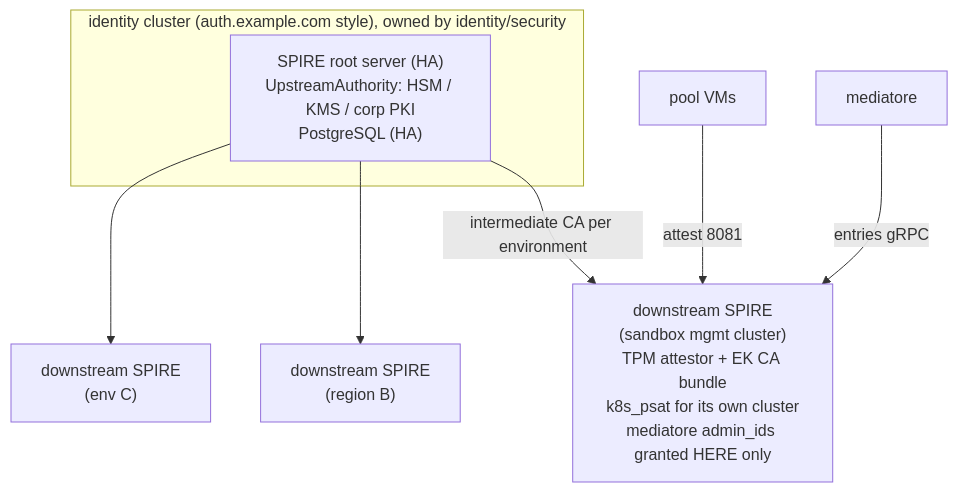
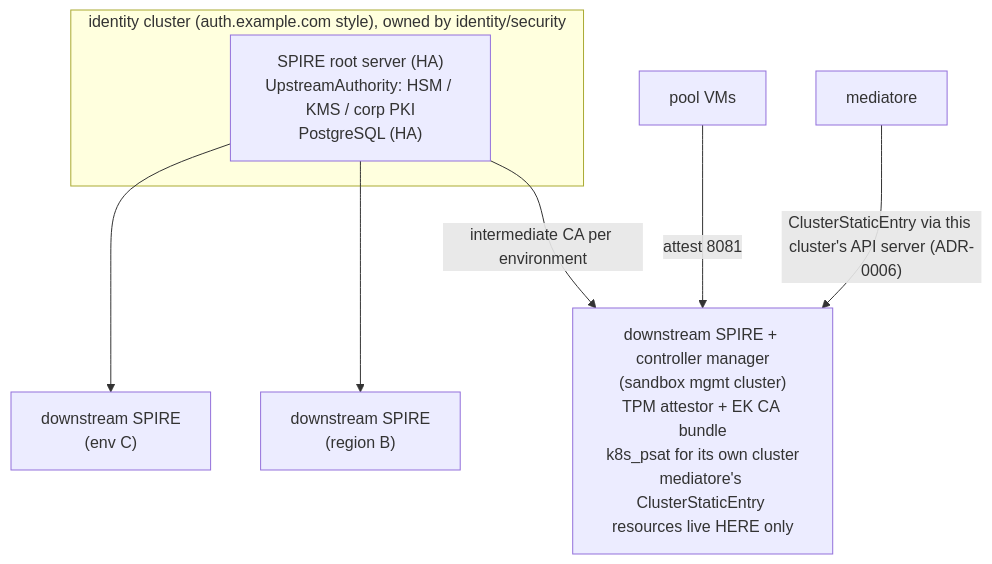
One commit to firestoned/mediatore changed the diagram in docs/guides/enterprise-spire-topology.md. Above: the diagram before and after it, drawn with Mermaid. The commit also changed other lines of this file and 18 other files, not shown here.

````diff
--- a/docs/guides/enterprise-spire-topology.md
+++ b/docs/guides/enterprise-spire-topology.md
@@ -21,17 +21,17 @@
 ```mermaid
 flowchart TB
   subgraph identity ["identity cluster (auth.example.com style), owned by identity/security"]
     root["SPIRE root server (HA)<br/>UpstreamAuthority: HSM / KMS / corp PKI<br/>PostgreSQL (HA)"]
   end
 
-  mgmt["downstream SPIRE<br/>(sandbox mgmt cluster)<br/>TPM attestor + EK CA bundle<br/>k8s_psat for its own cluster<br/>mediatore admin_ids granted HERE only"]
+  mgmt["downstream SPIRE + controller manager<br/>(sandbox mgmt cluster)<br/>TPM attestor + EK CA bundle<br/>k8s_psat for its own cluster<br/>mediatore's ClusterStaticEntry resources live HERE only"]
   regionb["downstream SPIRE<br/>(region B)"]
   envc["downstream SPIRE<br/>(env C)"]
 
   root -- "intermediate CA per environment" --> mgmt
   root --> regionb
   root --> envc
 
   vms["pool VMs"] -- "attest 8081" --> mgmt
-  mediatore["mediatore"] -- "entries gRPC" --> mgmt
+  mediatore["mediatore"] -- "ClusterStaticEntry via this cluster's API server (ADR-0006)" --> mgmt
 ```
````
